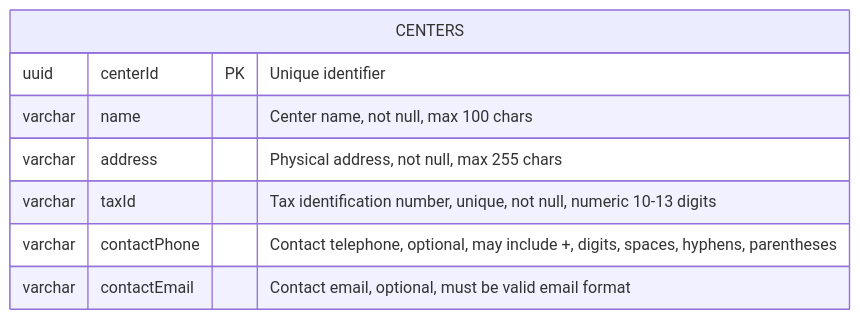
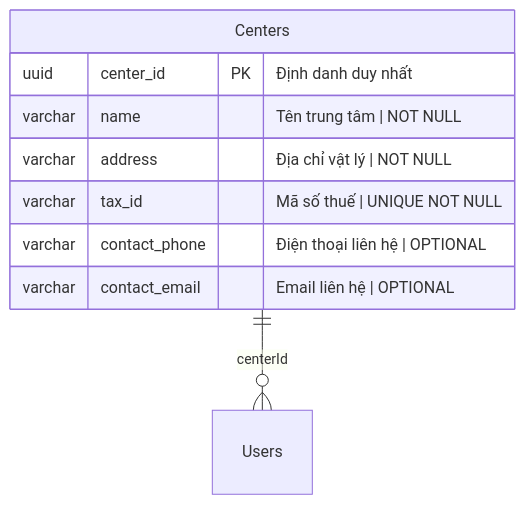
The third of 12 diagrams in docs/requirements/requirements.md (hainguyen81/membership-hub), drawn with Mermaid before and after one commit. The commit also changed other lines of this file and 1 other file, not shown here.

````diff
--- a/docs/requirements/requirements.md
+++ b/docs/requirements/requirements.md
@@ -103,11 +432,12 @@
-  ```mermaid
-  erDiagram
-      CENTERS {
-          uuid centerId PK "Unique identifier"
-          varchar name "Center name, not null, max 100 chars"
-          varchar address "Physical address, not null, max 255 chars"
-          varchar taxId "Tax identification number, unique, not null, numeric 10‑13 digits"
-          varchar contactPhone "Contact telephone, optional, may include +, digits, spaces, hyphens, parentheses"
-          varchar contactEmail "Contact email, optional, must be valid email format"
-      }
-  ```
+```mermaid
+erDiagram
+    Centers {
+        uuid center_id PK "Định danh duy nhất"
+        varchar name "Tên trung tâm | NOT NULL"
+        varchar address "Địa chỉ vật lý | NOT NULL"
+        varchar tax_id "Mã số thuế | UNIQUE NOT NULL"
+        varchar contact_phone "Điện thoại liên hệ | OPTIONAL"
+        varchar contact_email "Email liên hệ | OPTIONAL"
+    }
+    Centers ||--o{ Users : "centerId"
+```
````
